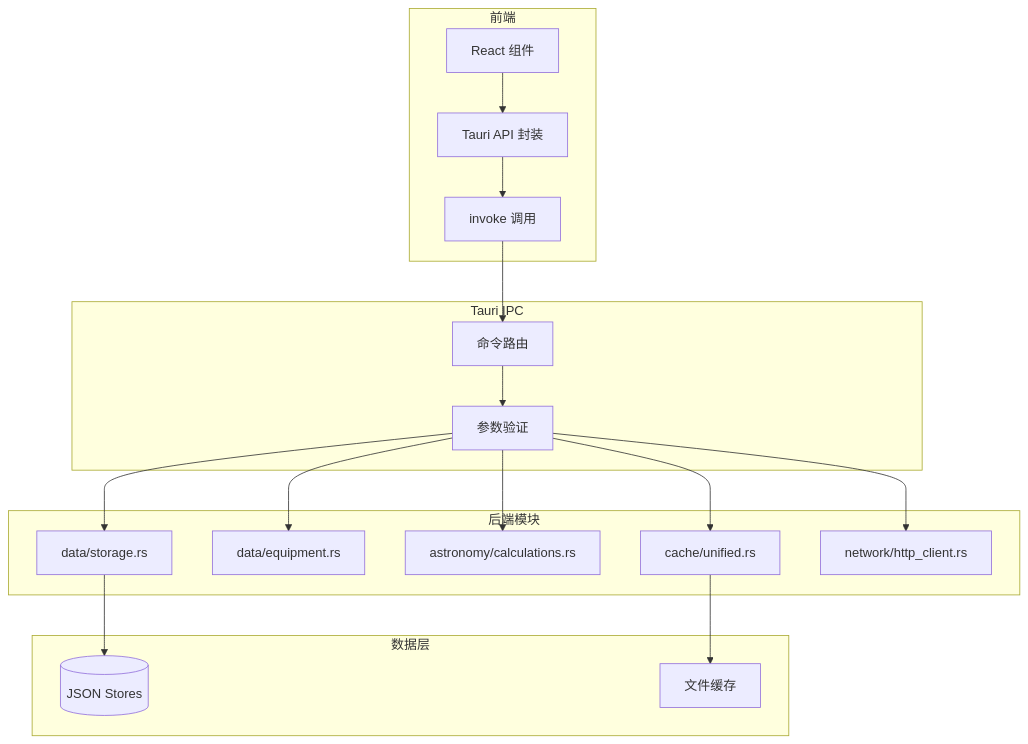
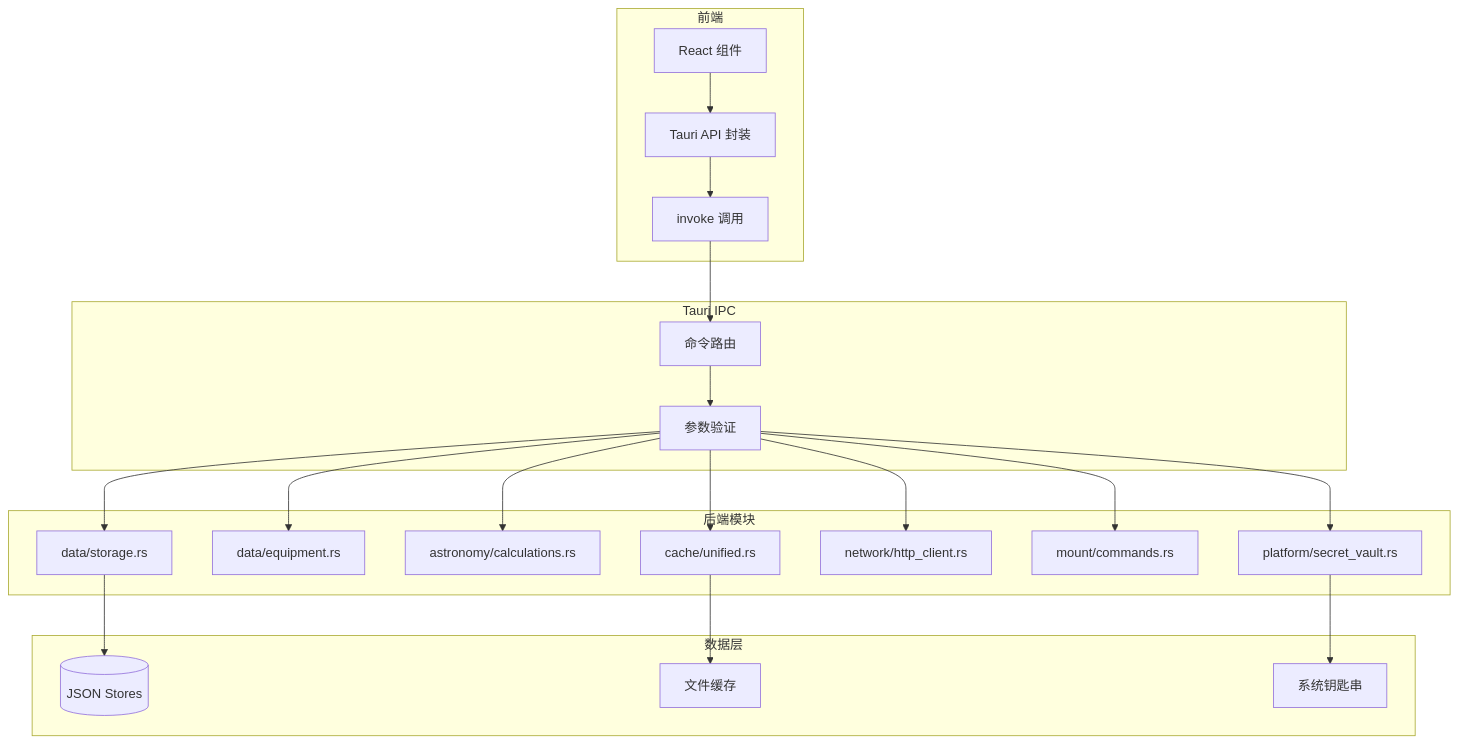
One commit to MaxQian888/cobalt-skymap changed the diagram in docs/developer-guide/apis/backend-apis/index.md. Above: the diagram before and after it, drawn with Mermaid. The commit also changed other lines of this file and 253 other files, not shown here.

````diff
--- a/docs/developer-guide/apis/backend-apis/index.md
+++ b/docs/developer-guide/apis/backend-apis/index.md
@@ -7,25 +7,28 @@
 ```mermaid
 graph TD
     subgraph 前端
         A[React 组件] --> B[Tauri API 封装]
         B --> C[invoke 调用]
     end
 
     subgraph Tauri IPC
         C --> D[命令路由]
         D --> E[参数验证]
     end
 
     subgraph 后端模块
         E --> F[data/storage.rs]
         E --> G[data/equipment.rs]
         E --> H[astronomy/calculations.rs]
         E --> I[cache/unified.rs]
         E --> J[network/http_client.rs]
+        E --> K[mount/commands.rs]
+        E --> L[platform/secret_vault.rs]
     end
 
     subgraph 数据层
-        F --> K[(JSON Stores)]
-        I --> L[文件缓存]
+        F --> M[(JSON Stores)]
+        I --> N[文件缓存]
+        L --> O[系统钥匙串]
     end
 ```
````
